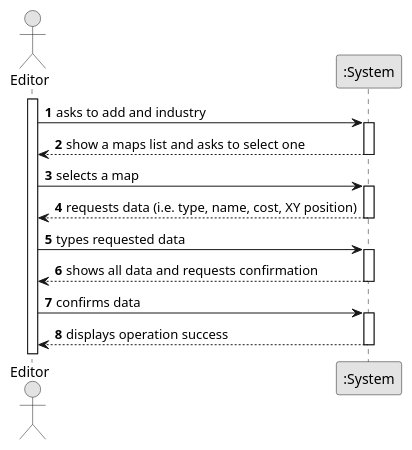
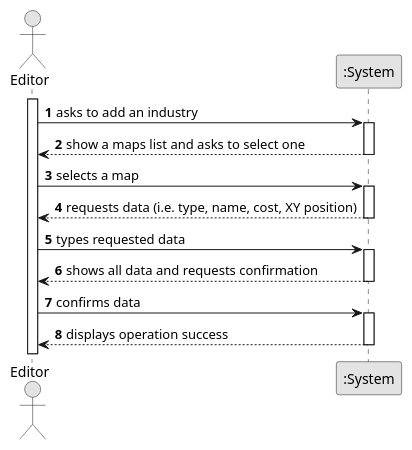
One commit to bruno-monteiro5/sem2-pi-24.25-g132-repo changed the diagram in docs/system-documentation/US002/01.requirements-engineering/puml/US002-SSD.puml. Above: the diagram before and after it, drawn with PlantUML. The commit also changed 2 other files, not shown here.

Commit message:
US010 diagram

```diff
--- a/docs/system-documentation/US002/01.requirements-engineering/puml/US002-SSD.puml
+++ b/docs/system-documentation/US002/01.requirements-engineering/puml/US002-SSD.puml
@@ -1,36 +1,36 @@
 @startuml
 skinparam monochrome true
 skinparam packageStyle rectangle
 skinparam shadowing false
 
 autonumber
 
 actor "Editor" as Employee
 participant ":System" as System
 
 activate Employee
 
-    Employee -> System : asks to add and industry
+    Employee -> System : asks to add an industry
     activate System
 
         System --> Employee : show a maps list and asks to select one
     deactivate System
 
     Employee -> System :selects a map
     activate System
 
         System --> Employee : requests data (i.e. type, name, cost, XY position)
     deactivate System
 
     Employee -> System : types requested data
     activate System
 
         System --> Employee : shows all data and requests confirmation
     deactivate System
 
     Employee -> System : confirms data
     activate System
 
         System --> Employee : displays operation success
     deactivate System
 @enduml
```
